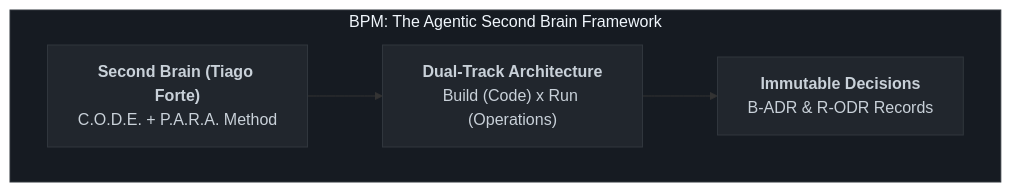
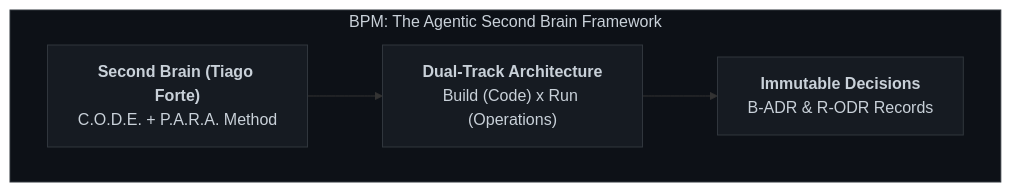
One commit to NROxAI/NROxAI changed the diagram in README.md. Above: the diagram before and after it, drawn with Mermaid.

Commit message:
style: unify block palette to single homogeneous tone without variation

````diff
--- a/README.md
+++ b/README.md
@@ -16,13 +16,13 @@
 ```mermaid
 graph LR
     subgraph Engine ["BPM: The Agentic Second Brain Framework"]
         direction LR
         A["<b>Second Brain (Tiago Forte)</b><br>C.O.D.E. + P.A.R.A. Method"] 
         --> B["<b>Dual-Track Architecture</b><br>Build (Code) x Run (Operations)"]
         --> C["<b>Immutable Decisions</b><br>B-ADR & R-ODR Records"]
     end
-    style Engine fill:#161b22,stroke:#30363d,stroke-width:1px,color:#f0f6fc
-    style A fill:#21262d,stroke:#30363d,color:#c9d1d9
-    style B fill:#21262d,stroke:#30363d,color:#c9d1d9
-    style C fill:#21262d,stroke:#30363d,color:#c9d1d9
+    style Engine fill:#0d1117,stroke:#30363d,stroke-width:1px,color:#c9d1d9
+    style A fill:#161b22,stroke:#30363d,color:#c9d1d9
+    style B fill:#161b22,stroke:#30363d,color:#c9d1d9
+    style C fill:#161b22,stroke:#30363d,color:#c9d1d9
 ```
````
